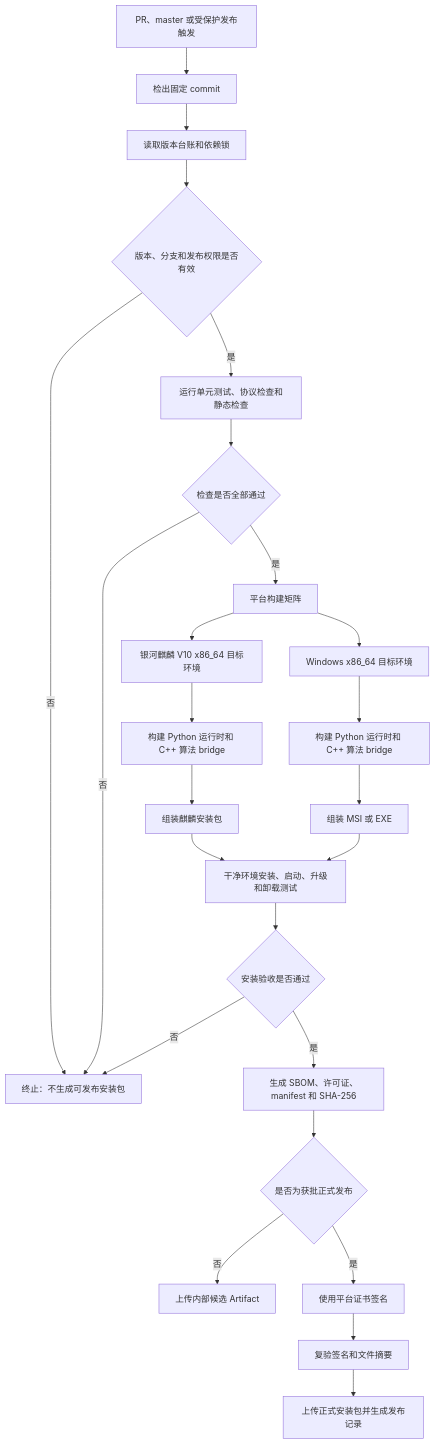
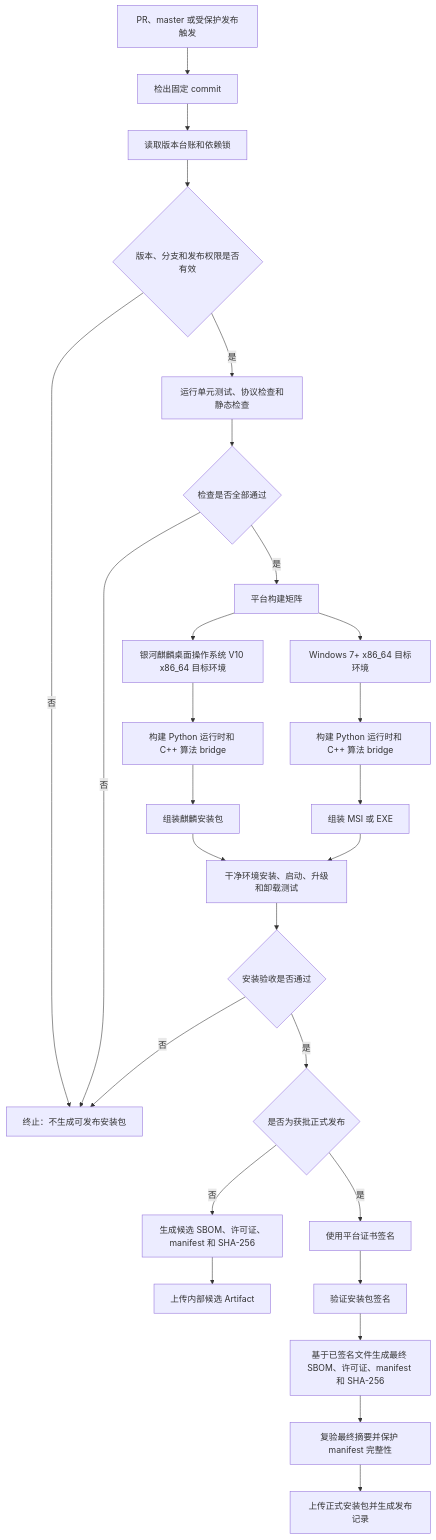
One commit to Entertech/NeuroBridge changed the eighth of 8 diagrams in doc/tech/NeuroBridge项目结构与多系统接入_PRD.md. Above: the diagram before and after it, drawn with Mermaid. The commit also changed other lines of this file, not shown here.

````diff
--- a/doc/tech/NeuroBridge项目结构与多系统接入_PRD.md
+++ b/doc/tech/NeuroBridge项目结构与多系统接入_PRD.md
@@ -602,30 +865,32 @@
 ```mermaid
 flowchart TD
     A[PR、master 或受保护发布触发] --> B[检出固定 commit]
     B --> C[读取版本台账和依赖锁]
     C --> D{版本、分支和发布权限是否有效}
     D -->|否| X[终止：不生成可发布安装包]
     D -->|是| E[运行单元测试、协议检查和静态检查]
     E --> F{检查是否全部通过}
     F -->|否| X
     F -->|是| G[平台构建矩阵]
 
-    G --> K[银河麒麟 V10 x86_64 目标环境]
-    G --> W[Windows x86_64 目标环境]
+    G --> K[银河麒麟桌面操作系统 V10 x86_64 目标环境]
+    G --> W[Windows 7+ x86_64 目标环境]
 
     K --> K1[构建 Python 运行时和 C++ 算法 bridge]
     K1 --> K2[组装麒麟安装包]
     W --> W1[构建 Python 运行时和 C++ 算法 bridge]
     W1 --> W2[组装 MSI 或 EXE]
 
     K2 --> T[干净环境安装、启动、升级和卸载测试]
     W2 --> T
     T --> U{安装验收是否通过}
     U -->|否| X
-    U -->|是| V[生成 SBOM、许可证、manifest 和 SHA-256]
-    V --> R{是否为获批正式发布}
-    R -->|否| CANDIDATE[上传内部候选 Artifact]
+    U -->|是| R{是否为获批正式发布}
+    R -->|否| VC[生成候选 SBOM、许可证、manifest 和 SHA-256]
+    VC --> CANDIDATE[上传内部候选 Artifact]
     R -->|是| S[使用平台证书签名]
-    S --> Q[复验签名和文件摘要]
-    Q --> P[上传正式安装包并生成发布记录]
+    S --> Q[验证安装包签名]
+    Q --> V[基于已签名文件生成最终 SBOM、许可证、manifest 和 SHA-256]
+    V --> Q2[复验最终摘要并保护 manifest 完整性]
+    Q2 --> P[上传正式安装包并生成发布记录]
 ```
````
